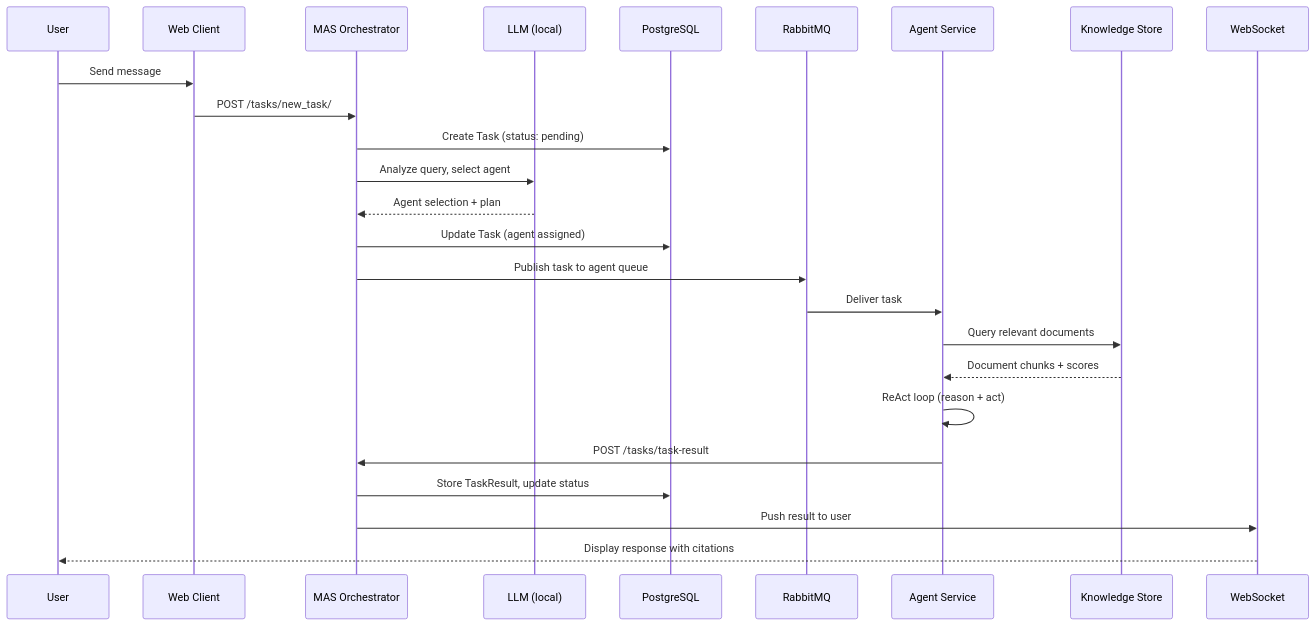
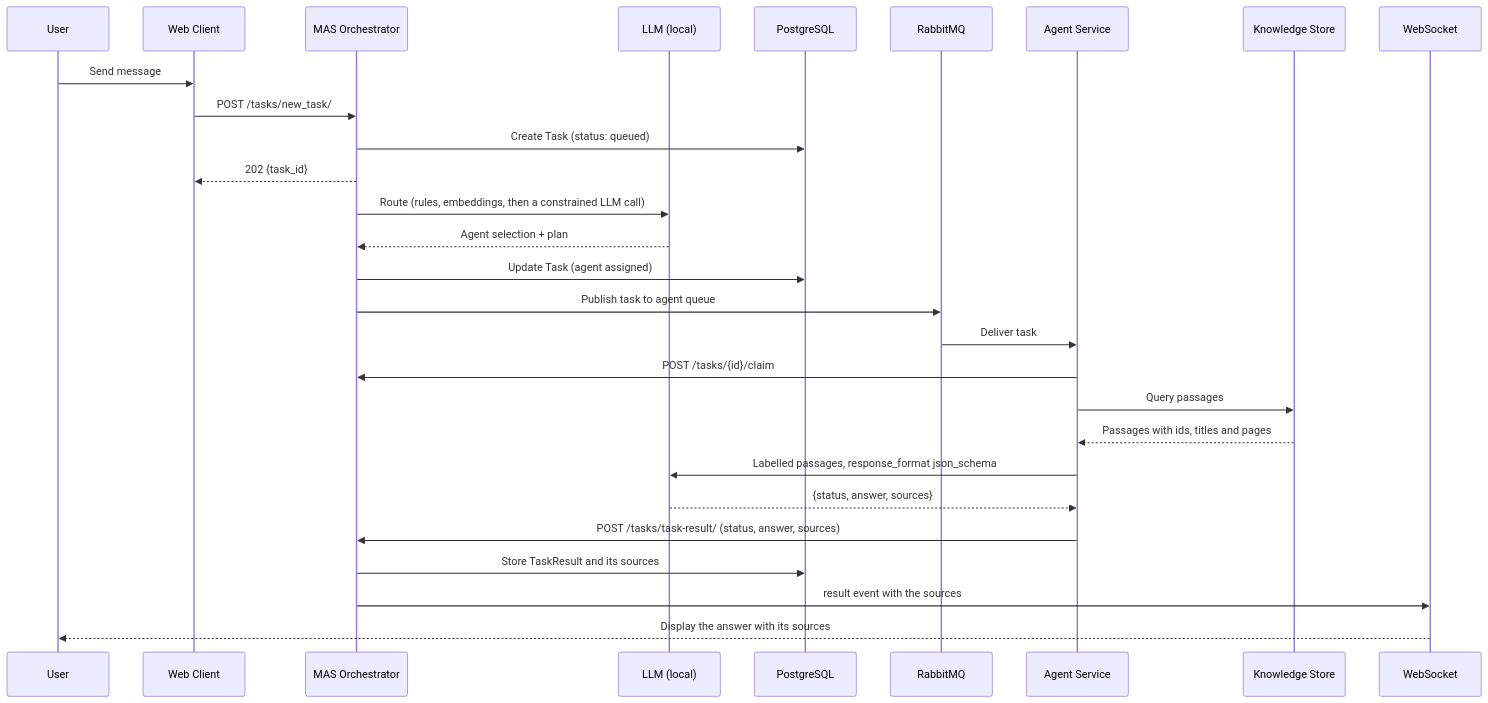
The second of 7 diagrams in docs/architecture.md (Horus-EIP/horus), drawn with Mermaid before and after one commit. The commit also changed other lines of this file and 54 other files, not shown here.

````diff
--- a/docs/architecture.md
+++ b/docs/architecture.md
@@ -228,28 +229,31 @@
 ```mermaid
 sequenceDiagram
     participant User
     participant Web as Web Client
     participant MAS as MAS Orchestrator
     participant LLM as LLM (local)
     participant DB as PostgreSQL
     participant RMQ as RabbitMQ
     participant Agent as Agent Service
     participant KS as Knowledge Store
     participant WS as WebSocket
 
     User->>Web: Send message
     Web->>MAS: POST /tasks/new_task/
-    MAS->>DB: Create Task (status: pending)
-    MAS->>LLM: Analyze query, select agent
+    MAS->>DB: Create Task (status: queued)
+    MAS-->>Web: 202 {task_id}
+    MAS->>LLM: Route (rules, embeddings, then a constrained LLM call)
     LLM-->>MAS: Agent selection + plan
     MAS->>DB: Update Task (agent assigned)
     MAS->>RMQ: Publish task to agent queue
     RMQ->>Agent: Deliver task
-    Agent->>KS: Query relevant documents
-    KS-->>Agent: Document chunks + scores
-    Agent->>Agent: ReAct loop (reason + act)
-    Agent->>MAS: POST /tasks/task-result
-    MAS->>DB: Store TaskResult, update status
-    MAS->>WS: Push result to user
-    WS-->>User: Display response with citations
+    Agent->>MAS: POST /tasks/{id}/claim
+    Agent->>KS: Query passages
+    KS-->>Agent: Passages with ids, titles and pages
+    Agent->>LLM: Labelled passages, response_format json_schema
+    LLM-->>Agent: {status, answer, sources}
+    Agent->>MAS: POST /tasks/task-result/ (status, answer, sources)
+    MAS->>DB: Store TaskResult and its sources
+    MAS->>WS: result event with the sources
+    WS-->>User: Display the answer with its sources
 ```
````
